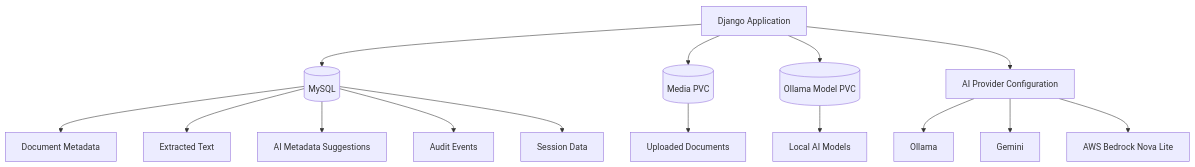
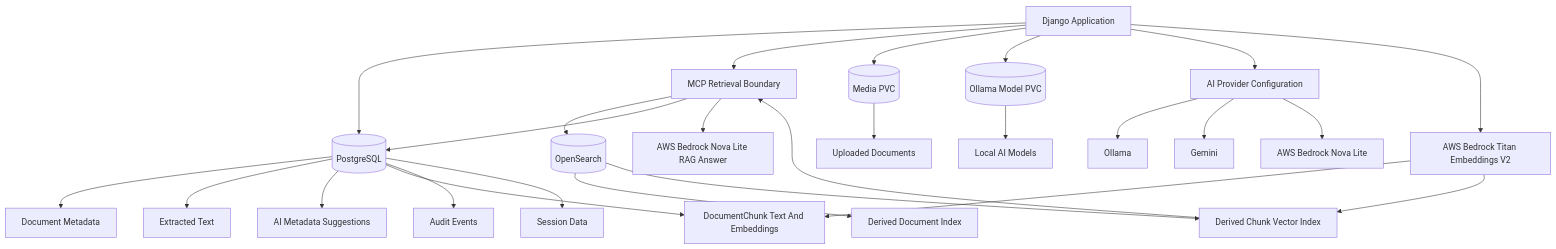
The third of 3 diagrams in docs/architecture.md (khaliqueaws-creator/document-management), drawn with Mermaid before and after one commit. The commit also changed other lines of this file and 70 other files, not shown here.

First line of the commit message:
Add MCP retrieval observability

````diff
--- a/docs/architecture.md
+++ b/docs/architecture.md
@@ -66,22 +80,35 @@
 ```mermaid
 flowchart TB
     App[Django Application]
 
-    App --> DB[(MySQL)]
+    App --> DB[(PostgreSQL)]
     DB --> Metadata[Document Metadata]
     DB --> ExtractedText[Extracted Text]
     DB --> AISuggestions[AI Metadata Suggestions]
+    DB --> Chunks[DocumentChunk Text And Embeddings]
     DB --> Audit[Audit Events]
     DB --> SessionData[Session Data]
+
+    App --> MCP[MCP Retrieval Boundary]
+    MCP --> Search[(OpenSearch)]
+    MCP --> DB
+    Search --> SearchDocs[Derived Document Index]
+    Search --> SearchChunks[Derived Chunk Vector Index]
 
     App --> MediaPVC[(Media PVC)]
     MediaPVC --> Files[Uploaded Documents]
 
     App --> ModelPVC[(Ollama Model PVC)]
     ModelPVC --> Models[Local AI Models]
 
     App --> AIProviderConfig[AI Provider Configuration]
     AIProviderConfig --> Ollama[Ollama]
     AIProviderConfig --> Gemini[Gemini]
     AIProviderConfig --> Bedrock[AWS Bedrock Nova Lite]
+
+    App --> Titan[AWS Bedrock Titan Embeddings V2]
+    Titan --> Chunks
+    Titan --> SearchChunks
+    SearchChunks --> MCP
+    MCP --> RAGAnswer[AWS Bedrock Nova Lite RAG Answer]
 ```
````
